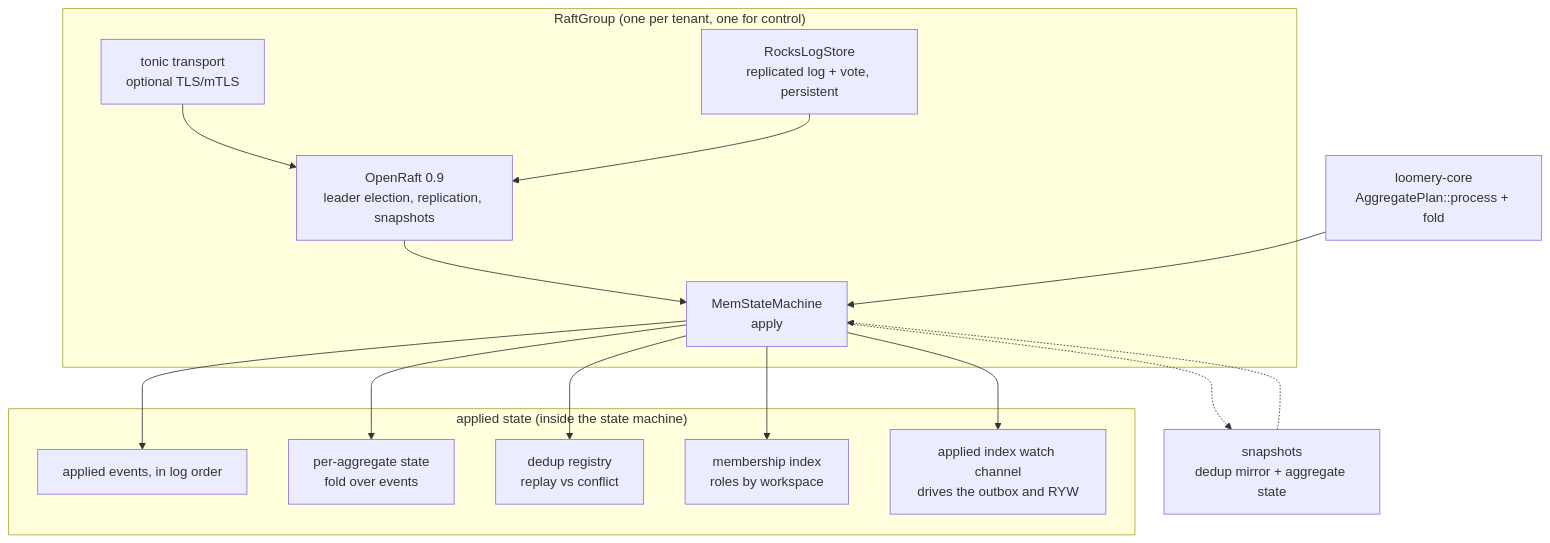
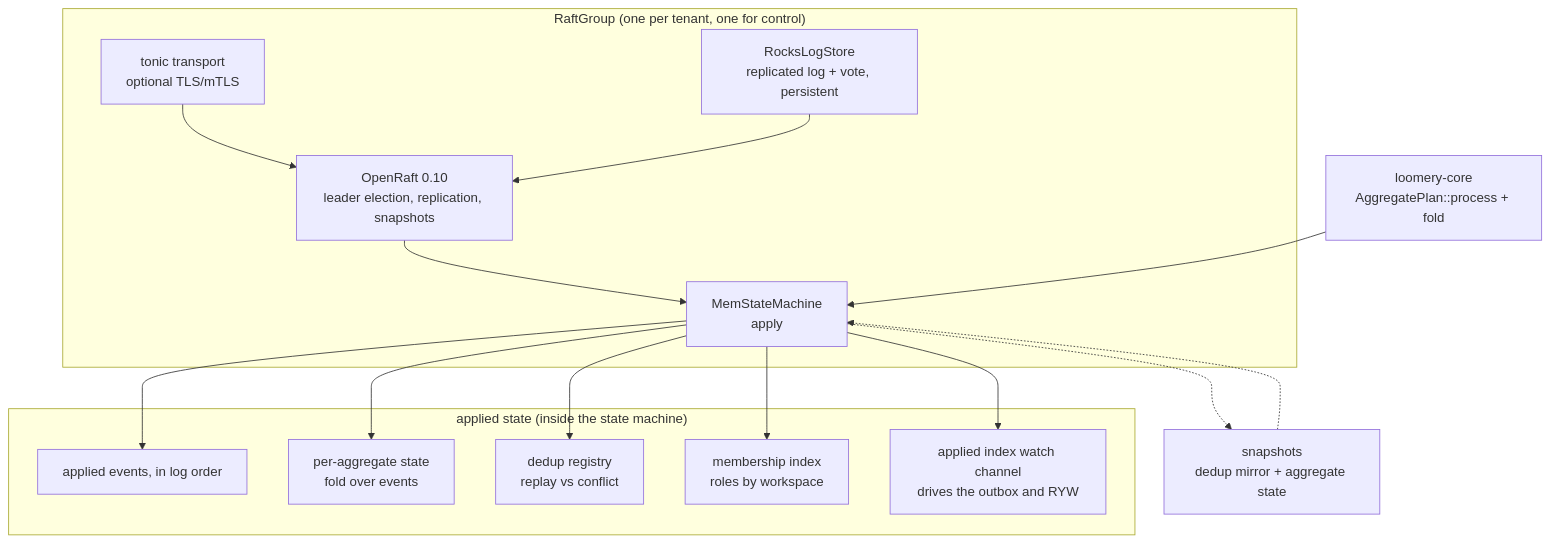
The seventh of 10 diagrams in docs/architecture.md (liorae-vesper/loomery), drawn with Mermaid before and after one commit. The commit also changed 13 other files, not shown here.

````diff
--- a/docs/architecture.md
+++ b/docs/architecture.md
@@ -204,30 +204,30 @@
 ```mermaid
 graph TD
     subgraph raft_group["RaftGroup (one per tenant, one for control)"]
-        raft["OpenRaft 0.9<br/>leader election, replication, snapshots"]
+        raft["OpenRaft 0.10<br/>leader election, replication, snapshots"]
         transport["tonic transport<br/>optional TLS/mTLS"]
         log_store["RocksLogStore<br/>replicated log + vote, persistent"]
         sm["MemStateMachine<br/>apply"]
     end
 
     subgraph applied["applied state (inside the state machine)"]
         events["applied events, in log order"]
         agg["per-aggregate state<br/>fold over events"]
         dedup["dedup registry<br/>replay vs conflict"]
         members["membership index<br/>roles by workspace"]
         watch["applied index watch channel<br/>drives the outbox and RYW"]
     end
 
     raft --> sm
     transport --> raft
     log_store --> raft
     sm --> events
     sm --> agg
     sm --> dedup
     sm --> members
     sm --> watch
 
     core["loomery-core<br/>AggregatePlan::process + fold"] --> sm
     snapshot["snapshots<br/>dedup mirror + aggregate state"] -.-> sm
     sm -.-> snapshot
 ```
````
